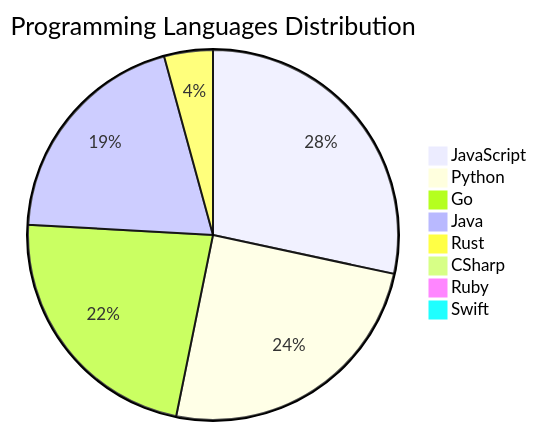
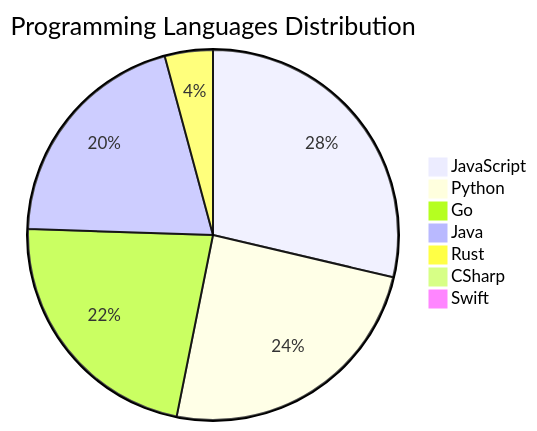
Before and after one commit to Derrick-MUGISHA/github-activity-bot: the diagram in README.md, drawn with Mermaid. The commit also changed other lines of this file and 4 other files, not shown here.

````diff
--- a/README.md
+++ b/README.md
@@ -208,11 +207,10 @@
 ```mermaid
 pie title Programming Languages Distribution
-    "JavaScript" : 40
+    "JavaScript" : 41
     "Python" : 35
     "Go" : 32
-    "Java" : 28
+    "Java" : 29
     "Rust" : 6
     "CSharp" : 1
-    "Ruby" : 1
     "Swift" : 1
 ```
````
